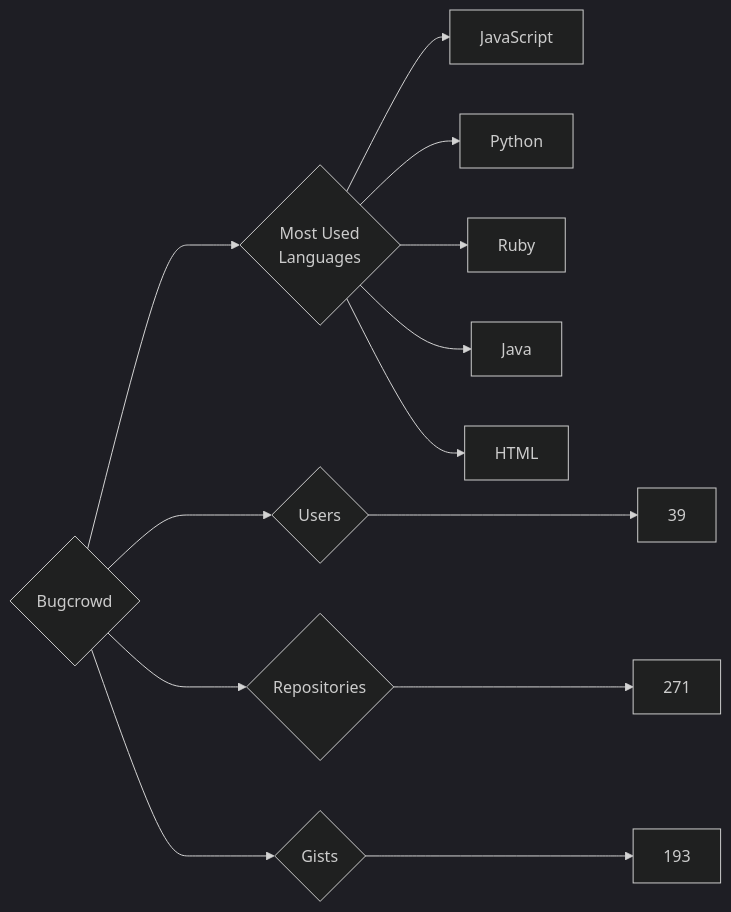
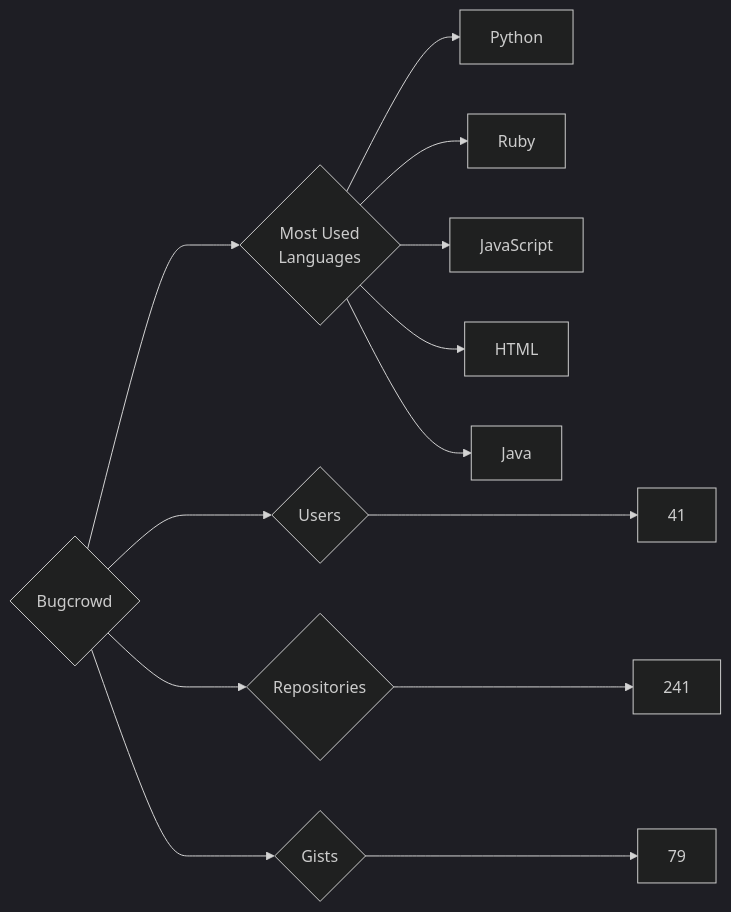
The diagram in targets/Bugcrowd/README.md (trickest/insiders), drawn with Mermaid (dark theme) before and after one commit. The commit also changed 748 other files, not shown here.

````diff
--- a/targets/Bugcrowd/README.md
+++ b/targets/Bugcrowd/README.md
@@ -3,13 +3,13 @@
 ```mermaid
 graph LR
 COMPANY_NAME{Bugcrowd}
-COMPANY_NAME ---> U{Users} ---> UN[39]
-COMPANY_NAME ---> R{Repositories} ---> RN[271]
-COMPANY_NAME ---> G{Gists} ---> GN[193]
+COMPANY_NAME ---> U{Users} ---> UN[41]
+COMPANY_NAME ---> R{Repositories} ---> RN[241]
+COMPANY_NAME ---> G{Gists} ---> GN[79]
 COMPANY_NAME ---> ML{Most Used<br>Languages}
-ML --> JavaScript[JavaScript]
 ML --> Python[Python]
 ML --> Ruby[Ruby]
+ML --> JavaScript[JavaScript]
+ML --> HTML[HTML]
 ML --> Java[Java]
-ML --> HTML[HTML]
 ```
````
